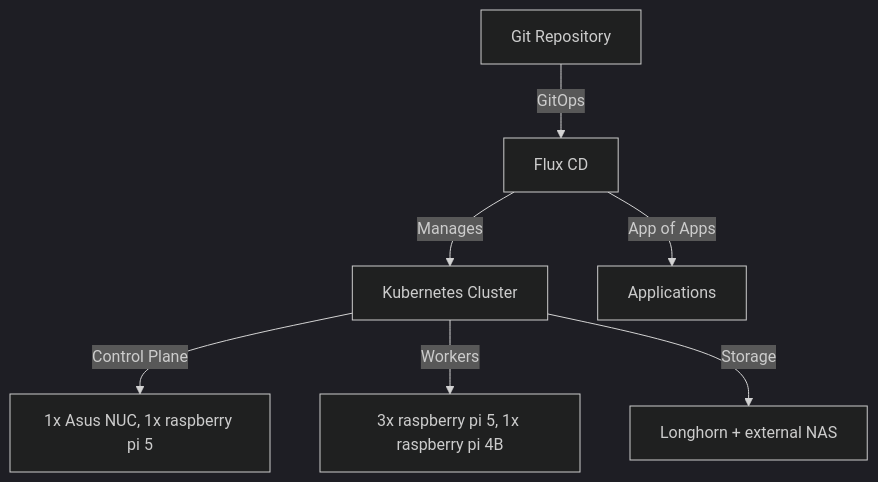
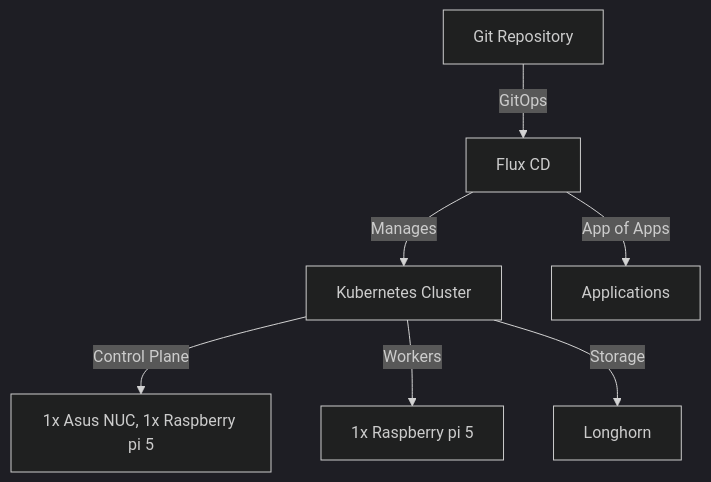
The diagram in README.md (paccao/homelab), drawn with Mermaid (dark theme) before and after one commit. The commit also changed other lines of this file, not shown here.

````diff
--- a/README.md
+++ b/README.md
@@ -38,9 +36,9 @@
 ```mermaid
 graph TD
     A[Git Repository] -->|GitOps| B[Flux CD]
     B -->|Manages| C[Kubernetes Cluster]
-    C -->|Control Plane| D[1x Asus NUC, 1x raspberry pi 5]
-    C -->|Workers| E[3x raspberry pi 5, 1x raspberry pi 4B]
-    C -->|Storage| F[Longhorn + external NAS]
+    C -->|Control Plane| D[1x Asus NUC, 1x Raspberry pi 5]
+    C -->|Workers| E[1x Raspberry pi 5]
+    C -->|Storage| F[Longhorn]
     B -->|App of Apps| G[Applications]
 ```
````
